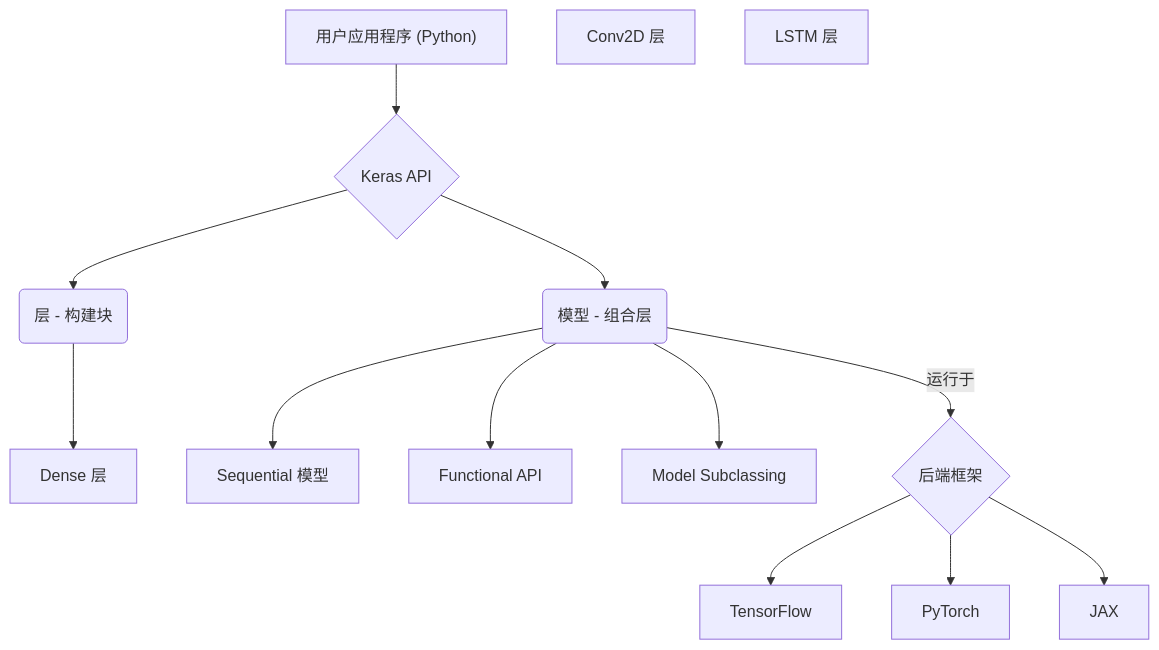
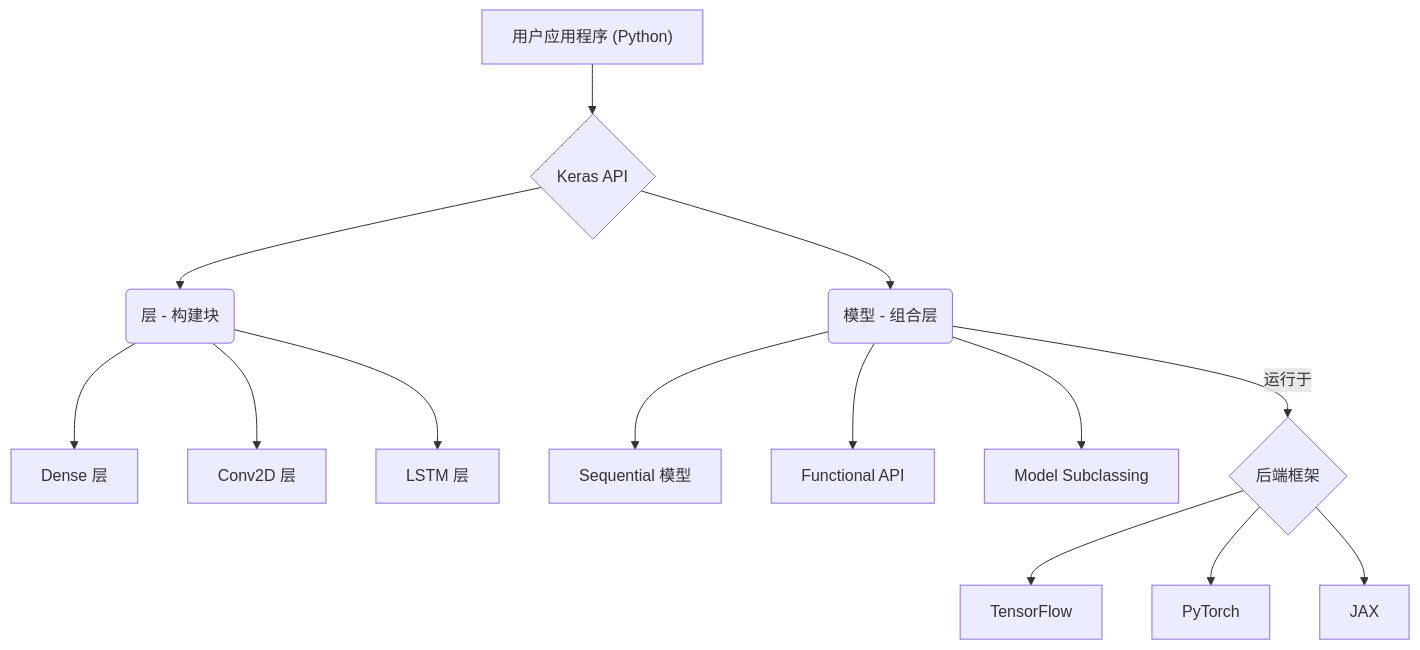
One commit to tt33415366/python_data_process_lib_intro changed the second of 3 diagrams in docs/deep-learning/zh/keras_evolution_document.zh.md. Above: the diagram before and after it, drawn with Mermaid. The commit also changed other lines of this file and 21 other files, not shown here.

First line of the commit message:
feat(docs): add 'Typical use cases' sections and fix Mermaid mindmaps

````diff
--- a/docs/deep-learning/zh/keras_evolution_document.zh.md
+++ b/docs/deep-learning/zh/keras_evolution_document.zh.md
@@ -58,18 +58,18 @@
 ```mermaid
 graph TD
     A["用户应用程序 (Python)"] --> B{Keras API}
     B --> C(层 - 构建块)
     C --> C1[Dense 层]
-    C2[Conv2D 层]
-    C3[LSTM 层]
+    C --> C2[Conv2D 层]
+    C --> C3[LSTM 层]
     
     B --> D(模型 - 组合层)
     D --> D1[Sequential 模型]
     D --> D2[Functional API]
     D --> D3[Model Subclassing]
     
     D -- 运行于 --> E{后端框架}
     E --> E1[TensorFlow]
     E --> E2[PyTorch]
     E --> E3[JAX]
 ```
````
